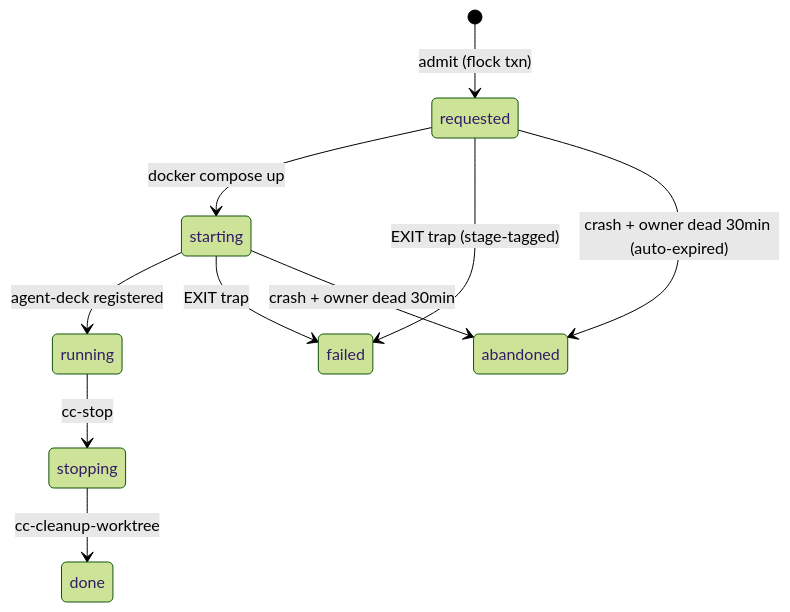
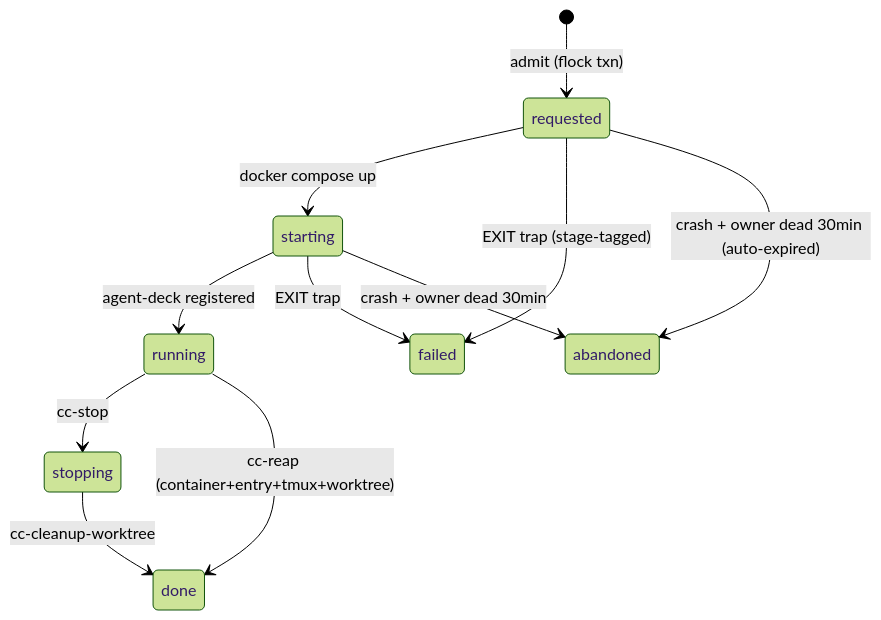
Before and after one commit to verimoreno/cc-dispatch: the second of 3 diagrams in docs/ARCHITECTURE.md, drawn with Mermaid (forest theme). The commit also changed other lines of this file and 8 other files, not shown here.

````diff
--- a/docs/ARCHITECTURE.md
+++ b/docs/ARCHITECTURE.md
@@ -71,12 +71,13 @@
 ```mermaid
 stateDiagram-v2
   [*] --> requested : admit (flock txn)
   requested --> starting : docker compose up
   starting --> running : agent-deck registered
   running --> stopping : cc-stop
   stopping --> done : cc-cleanup-worktree
+  running --> done : cc-reap (container+entry+tmux+worktree)
   requested --> failed : EXIT trap (stage-tagged)
   starting --> failed : EXIT trap
   requested --> abandoned : crash + owner dead 30min (auto-expired)
   starting --> abandoned : crash + owner dead 30min
 ```
````
